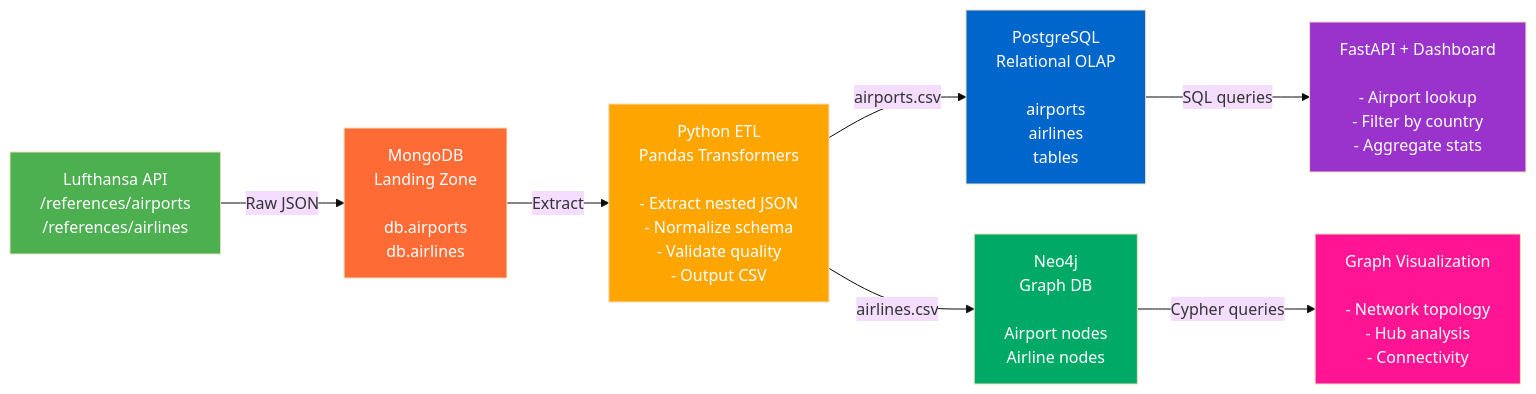
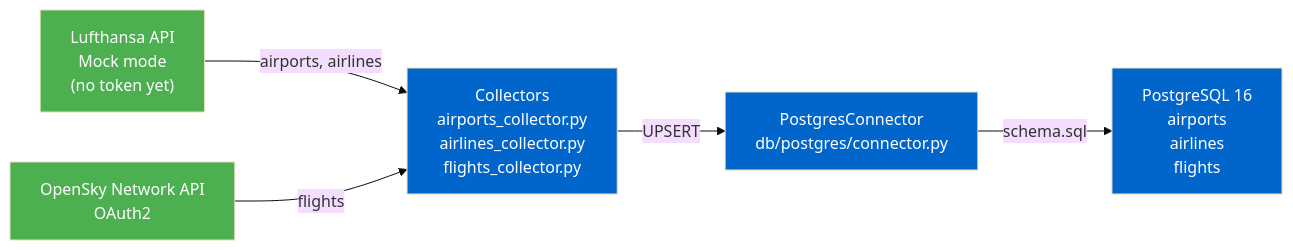
One commit to MatthiasSails/airline-data-platform changed the first of 7 diagrams in 01-requirements/c-architecture/architecture_m.md. Above: the diagram before and after it, drawn with Mermaid (base theme). The commit also changed other lines of this file, not shown here.

First line of the commit message:
Restructure architecture_m.md: one diagram per project phase

````diff
--- a/01-requirements/c-architecture/architecture_m.md
+++ b/01-requirements/c-architecture/architecture_m.md
@@ -5,22 +14,17 @@
 ```mermaid
 graph LR
-    API["Lufthansa API<br/>/references/airports<br/>/references/airlines"]
-    
-    API -->|Raw JSON| Mongo["MongoDB<br/>Landing Zone<br/><br/>db.airports<br/>db.airlines"]
-    
-    Mongo -->|Extract| ETL["Python ETL<br/>Pandas Transformers<br/><br/>- Extract nested JSON<br/>- Normalize schema<br/>- Validate quality<br/>- Output CSV"]
-    
-    ETL -->|airports.csv| PG["PostgreSQL<br/>Relational OLAP<br/><br/>airports<br/>airlines<br/>tables"]
-    ETL -->|airlines.csv| NEO["Neo4j<br/>Graph DB<br/><br/>Airport nodes<br/>Airline nodes"]
-    
-    PG -->|SQL queries| DASH["FastAPI + Dashboard<br/><br/>- Airport lookup<br/>- Filter by country<br/>- Aggregate stats"]
-    NEO -->|Cypher queries| GRAPH["Graph Visualization<br/><br/>- Network topology<br/>- Hub analysis<br/>- Connectivity"]
-    
-    style API fill:#4CAF50,color:#fff
-    style Mongo fill:#FF6B35,color:#fff
-    style ETL fill:#FFA500,color:#fff
+    LH["Lufthansa API<br/>Mock mode<br/>(no token yet)"]
+    OS["OpenSky Network API<br/>OAuth2"]
+
+    LH -->|airports, airlines| COL["Collectors<br/>airports_collector.py<br/>airlines_collector.py<br/>flights_collector.py"]
+    OS -->|flights| COL
+
+    COL -->|UPSERT| CON["PostgresConnector<br/>db/postgres/connector.py"]
+    CON -->|schema.sql| PG["PostgreSQL 16<br/>airports<br/>airlines<br/>flights"]
+
+    style LH fill:#4CAF50,color:#fff
+    style OS fill:#4CAF50,color:#fff
+    style COL fill:#0066CC,color:#fff
+    style CON fill:#0066CC,color:#fff
     style PG fill:#0066CC,color:#fff
-    style NEO fill:#00AA66,color:#fff
-    style DASH fill:#9933CC,color:#fff
-    style GRAPH fill:#FF1493,color:#fff
 ```
````
